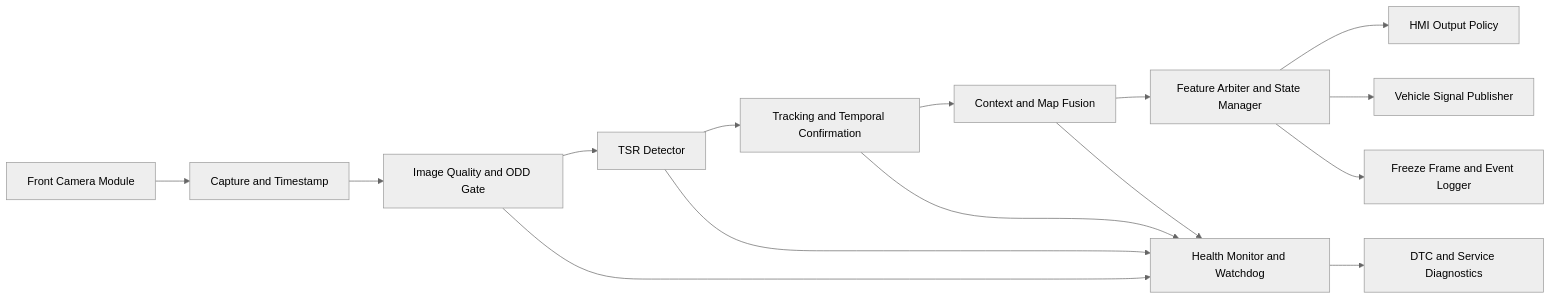
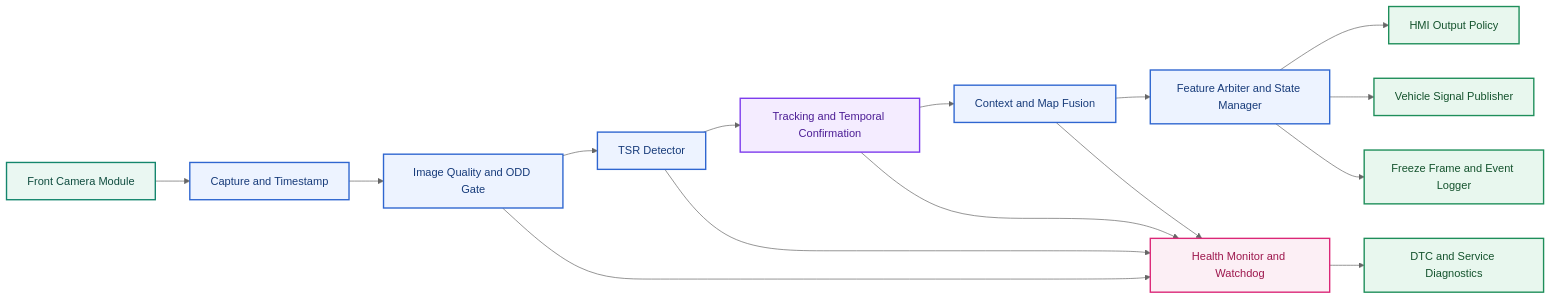
Before and after one commit to LeNguyenHaiDuong/adas-tsr: diagram 24 of 48 in research/1.research_tsr_three_part_unified.md, drawn with Mermaid (neutral theme). The commit also changed other lines of this file and 5 other files, not shown here.

Commit message:
Add mermaid color

````diff
--- a/research/1.research_tsr_three_part_unified.md
+++ b/research/1.research_tsr_three_part_unified.md
@@ -1534,17 +1592,28 @@
 ```mermaid
 flowchart LR
     A[Front Camera Module] --> B[Capture and Timestamp]
     B --> C[Image Quality and ODD Gate]
     C --> D[TSR Detector]
     D --> E[Tracking and Temporal Confirmation]
     E --> F[Context and Map Fusion]
     F --> G[Feature Arbiter and State Manager]
     G --> H[HMI Output Policy]
     G --> I[Vehicle Signal Publisher]
     G --> J[Freeze Frame and Event Logger]
     C --> K[Health Monitor and Watchdog]
     D --> K
     E --> K
     F --> K
     K --> L[DTC and Service Diagnostics]
+
+    classDef source fill:#EAF7F2,stroke:#14866D,color:#0F4C3F,stroke-width:2px;
+    classDef feature fill:#EDF3FF,stroke:#2F66D0,color:#173B7A,stroke-width:2px;
+    classDef temporal fill:#F4ECFF,stroke:#7C3AED,color:#4C1D95,stroke-width:2px;
+    classDef support fill:#FCEFF5,stroke:#DB2777,color:#9D174D,stroke-width:2px;
+    classDef integration fill:#E8F7EE,stroke:#1E8E5A,color:#14532D,stroke-width:2px;
+    class A source;
+    class B,C,D,F,G feature;
+    class E temporal;
+    class K support;
+    class H,I,J,L integration;
 ```
````
